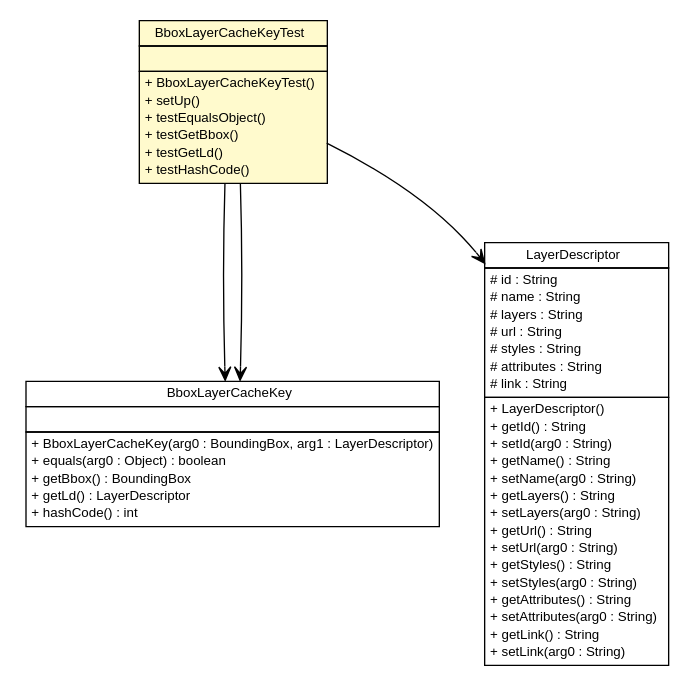
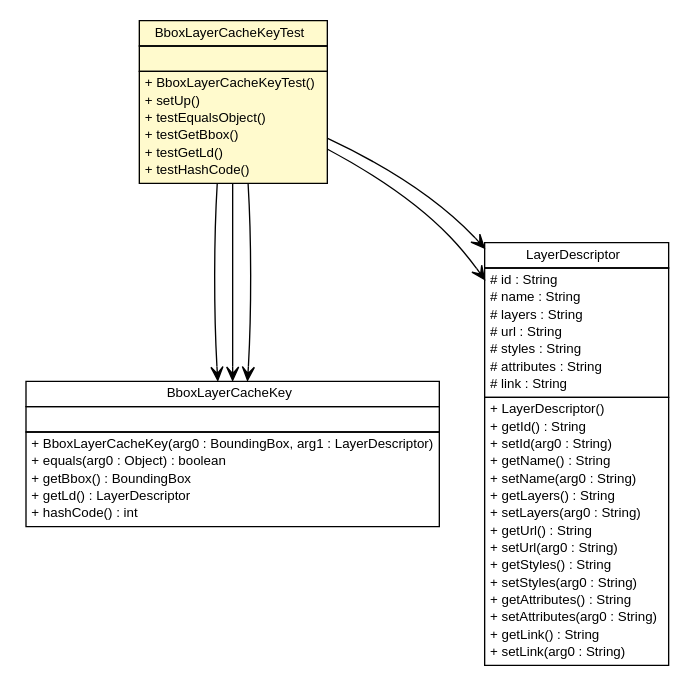
One commit to MinELenI/CBSviewer changed the diagram in testapidocs/nl/mineleni/cbsviewer/servlet/wms/cache/BboxLayerCacheKeyTest.dot. Above: the diagram before and after it, drawn with Graphviz. The commit also changed 276 other files, not shown here.

```diff
--- a/testapidocs/nl/mineleni/cbsviewer/servlet/wms/cache/BboxLayerCacheKeyTest.dot
+++ b/testapidocs/nl/mineleni/cbsviewer/servlet/wms/cache/BboxLayerCacheKeyTest.dot
@@ -1,83 +1,87 @@
 #!/usr/local/bin/dot
 #
 # Class diagram 
 # Generated by UMLGraph version R5_6 (http://www.umlgraph.org/)
 #
 
 digraph G {
 	edge [fontname="arial",fontsize=10,labelfontname="arial",labelfontsize=10];
 	node [fontname="arial",fontsize=10,shape=plaintext];
 	nodesep=0.25;
 	ranksep=0.5;
 	// nl.mineleni.cbsviewer.servlet.wms.cache.BboxLayerCacheKeyTest
 	c181 [label=<<table title="nl.mineleni.cbsviewer.servlet.wms.cache.BboxLayerCacheKeyTest" border="0" cellborder="1" cellspacing="0" cellpadding="2" port="p" bgcolor="lemonChiffon" href="./BboxLayerCacheKeyTest.html">
 		<tr><td><table border="0" cellspacing="0" cellpadding="1">
 <tr><td align="center" balign="center"> BboxLayerCacheKeyTest </td></tr>
 		</table></td></tr>
 		<tr><td><table border="0" cellspacing="0" cellpadding="1">
 <tr><td align="left" balign="left">  </td></tr>
 		</table></td></tr>
 		<tr><td><table border="0" cellspacing="0" cellpadding="1">
 <tr><td align="left" balign="left"> + BboxLayerCacheKeyTest() </td></tr>
 <tr><td align="left" balign="left"> + setUp() </td></tr>
 <tr><td align="left" balign="left"> + testEqualsObject() </td></tr>
 <tr><td align="left" balign="left"> + testGetBbox() </td></tr>
 <tr><td align="left" balign="left"> + testGetLd() </td></tr>
 <tr><td align="left" balign="left"> + testHashCode() </td></tr>
 		</table></td></tr>
 		</table>>, URL="./BboxLayerCacheKeyTest.html", fontname="arial", fontcolor="black", fontsize=10.0];
 	// nl.mineleni.cbsviewer.servlet.wms.cache.BboxLayerCacheKeyTest NAVASSOC nl.mineleni.cbsviewer.servlet.wms.cache.BboxLayerCacheKey
 	c181:p -> c187:p [taillabel="", label="", headlabel="", fontname="arial", fontcolor="black", fontsize=10.0, color="black", arrowhead=open];
 	// nl.mineleni.cbsviewer.servlet.wms.cache.BboxLayerCacheKeyTest NAVASSOC nl.mineleni.cbsviewer.servlet.wms.cache.BboxLayerCacheKey
 	c181:p -> c187:p [taillabel="", label="", headlabel="", fontname="arial", fontcolor="black", fontsize=10.0, color="black", arrowhead=open];
+	// nl.mineleni.cbsviewer.servlet.wms.cache.BboxLayerCacheKeyTest NAVASSOC nl.mineleni.cbsviewer.servlet.wms.cache.BboxLayerCacheKey
+	c181:p -> c187:p [taillabel="", label="", headlabel="", fontname="arial", fontcolor="black", fontsize=10.0, color="black", arrowhead=open];
+	// nl.mineleni.cbsviewer.servlet.wms.cache.BboxLayerCacheKeyTest NAVASSOC nl.mineleni.cbsviewer.util.xml.LayerDescriptor
+	c181:p -> c188:p [taillabel="", label="", headlabel="", fontname="arial", fontcolor="black", fontsize=10.0, color="black", arrowhead=open];
 	// nl.mineleni.cbsviewer.servlet.wms.cache.BboxLayerCacheKeyTest NAVASSOC nl.mineleni.cbsviewer.util.xml.LayerDescriptor
 	c181:p -> c188:p [taillabel="", label="", headlabel="", fontname="arial", fontcolor="black", fontsize=10.0, color="black", arrowhead=open];
 	// nl.mineleni.cbsviewer.servlet.wms.cache.BboxLayerCacheKey
 	c187 [label=<<table title="nl.mineleni.cbsviewer.servlet.wms.cache.BboxLayerCacheKey" border="0" cellborder="1" cellspacing="0" cellpadding="2" port="p">
 		<tr><td><table border="0" cellspacing="0" cellpadding="1">
 <tr><td align="center" balign="center"> BboxLayerCacheKey </td></tr>
 		</table></td></tr>
 		<tr><td><table border="0" cellspacing="0" cellpadding="1">
 <tr><td align="left" balign="left">  </td></tr>
 		</table></td></tr>
 		<tr><td><table border="0" cellspacing="0" cellpadding="1">
 <tr><td align="left" balign="left"> + BboxLayerCacheKey(arg0 : BoundingBox, arg1 : LayerDescriptor) </td></tr>
 <tr><td align="left" balign="left"> + equals(arg0 : Object) : boolean </td></tr>
 <tr><td align="left" balign="left"> + getBbox() : BoundingBox </td></tr>
 <tr><td align="left" balign="left"> + getLd() : LayerDescriptor </td></tr>
 <tr><td align="left" balign="left"> + hashCode() : int </td></tr>
 		</table></td></tr>
 		</table>>, URL="null", fontname="arial", fontcolor="black", fontsize=10.0];
 	// nl.mineleni.cbsviewer.util.xml.LayerDescriptor
 	c188 [label=<<table title="nl.mineleni.cbsviewer.util.xml.LayerDescriptor" border="0" cellborder="1" cellspacing="0" cellpadding="2" port="p">
 		<tr><td><table border="0" cellspacing="0" cellpadding="1">
 <tr><td align="center" balign="center"> LayerDescriptor </td></tr>
 		</table></td></tr>
 		<tr><td><table border="0" cellspacing="0" cellpadding="1">
 <tr><td align="left" balign="left"> # id : String </td></tr>
 <tr><td align="left" balign="left"> # name : String </td></tr>
 <tr><td align="left" balign="left"> # layers : String </td></tr>
 <tr><td align="left" balign="left"> # url : String </td></tr>
 <tr><td align="left" balign="left"> # styles : String </td></tr>
 <tr><td align="left" balign="left"> # attributes : String </td></tr>
 <tr><td align="left" balign="left"> # link : String </td></tr>
 		</table></td></tr>
 		<tr><td><table border="0" cellspacing="0" cellpadding="1">
 <tr><td align="left" balign="left"> + LayerDescriptor() </td></tr>
 <tr><td align="left" balign="left"> + getId() : String </td></tr>
 <tr><td align="left" balign="left"> + setId(arg0 : String) </td></tr>
 <tr><td align="left" balign="left"> + getName() : String </td></tr>
 <tr><td align="left" balign="left"> + setName(arg0 : String) </td></tr>
 <tr><td align="left" balign="left"> + getLayers() : String </td></tr>
 <tr><td align="left" balign="left"> + setLayers(arg0 : String) </td></tr>
 <tr><td align="left" balign="left"> + getUrl() : String </td></tr>
 <tr><td align="left" balign="left"> + setUrl(arg0 : String) </td></tr>
 <tr><td align="left" balign="left"> + getStyles() : String </td></tr>
 <tr><td align="left" balign="left"> + setStyles(arg0 : String) </td></tr>
 <tr><td align="left" balign="left"> + getAttributes() : String </td></tr>
 <tr><td align="left" balign="left"> + setAttributes(arg0 : String) </td></tr>
 <tr><td align="left" balign="left"> + getLink() : String </td></tr>
 <tr><td align="left" balign="left"> + setLink(arg0 : String) </td></tr>
 		</table></td></tr>
 		</table>>, URL="null", fontname="arial", fontcolor="black", fontsize=10.0];
 }
```
